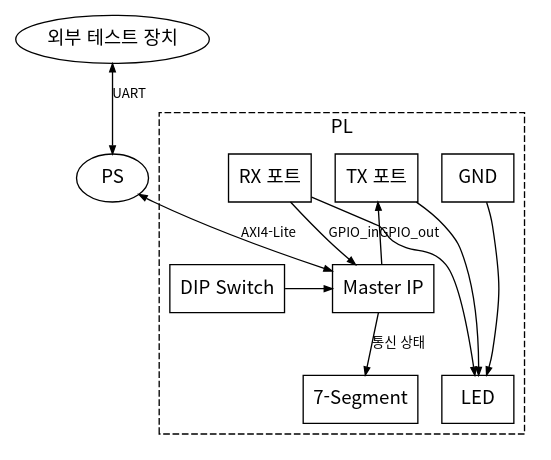
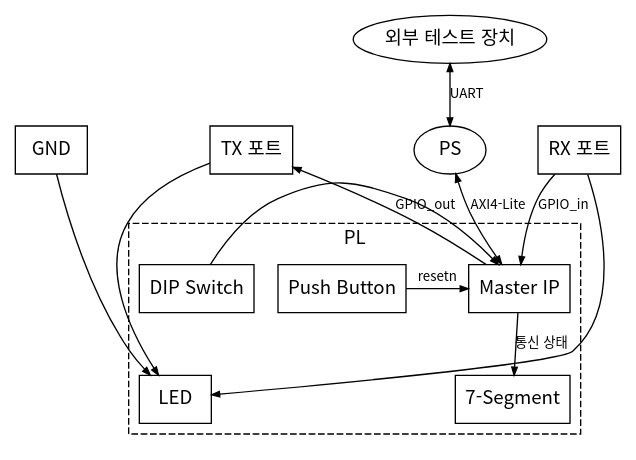
The diagram in diagrams/level2_board.dot (Woodong02/SoC_Design_and_Programming), drawn with Graphviz before and after one commit. The commit also changed 3 other files, not shown here.

First line of the commit message:
Move GND/TX/RX pins outside PL boundary, add Push Button (resetn)

```diff
--- a/diagrams/level2_board.dot
+++ b/diagrams/level2_board.dot
@@ -1,39 +1,42 @@
 digraph G {
     rankdir=TB;
     fontname="Noto Sans CJK KR";
     node [shape=box, fontname="Noto Sans CJK KR", fontsize=14, color=black];
     edge [fontname="Noto Sans CJK KR", fontsize=10, color=black, arrowsize=0.6];
 
     EXT [label="외부 테스트 장치", shape=ellipse];
     PS  [label="PS", shape=ellipse];
+    GND [label="GND"];
+    TXP [label="TX 포트"];
+    RXP [label="RX 포트"];
+
+    { rank=same; PS; GND; TXP; RXP; }
 
     subgraph cluster_pl {
         label="PL";
         style=dashed;
         fontname="Noto Sans CJK KR";
 
-        GND [label="GND"];
-        TXP [label="TX 포트"];
-        RXP [label="RX 포트"];
         LED [label="LED"];
         DIP [label="DIP Switch"];
+        PB  [label="Push Button"];
         MASTER [label="Master IP"];
         SEG [label="7-Segment"];
 
-        { rank=same; GND; TXP; RXP; }
-        { rank=same; DIP; MASTER; }
+        { rank=same; DIP; MASTER; PB; }
         { rank=same; LED; SEG; }
     }
 
     EXT -> PS [label="UART", dir=both];
     PS  -> MASTER [label="AXI4-Lite", dir=both];
 
     GND -> LED;
     TXP -> LED;
     RXP -> LED;
 
     MASTER -> TXP [label="GPIO_out"];
     RXP -> MASTER [label="GPIO_in"];
     DIP -> MASTER;
+    PB  -> MASTER [label="resetn"];
     MASTER -> SEG [label="통신 상태"];
 }
```
